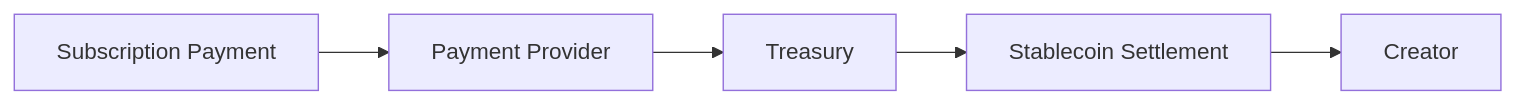
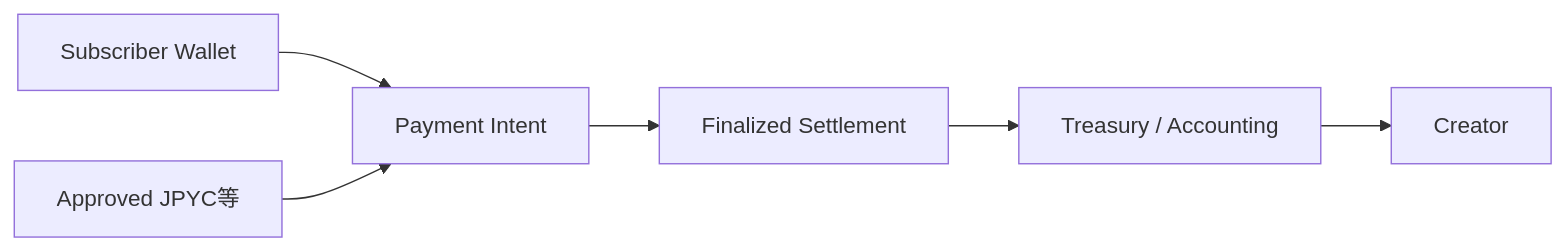
One commit to ShigeichiroYamasaki/creator-first-platform changed diagram 26 of 43 in docs/whitepaper/09-technology.md. Above: the diagram before and after it, drawn with Mermaid. The commit also changed other lines of this file and 16 other files, not shown here.

Commit message:
Align JPYC payments and sponsored SBT flows

````diff
--- a/docs/whitepaper/09-technology.md
+++ b/docs/whitepaper/09-technology.md
@@ -1013,11 +1013,12 @@
 ```mermaid
 flowchart LR
-    FIAT[Subscription Payment]
-    PSP[Payment Provider]
-    TREASURY[Treasury]
-    STABLE[Stablecoin Settlement]
+    USER[Subscriber Wallet]
+    INTENT[Payment Intent]
+    STABLE[Approved JPYC等]
+    FINAL[Finalized Settlement]
+    TREASURY[Treasury / Accounting]
     CREATOR[Creator]
 
-    FIAT --> PSP --> TREASURY
-    TREASURY --> STABLE --> CREATOR
+    USER --> INTENT
+    STABLE --> INTENT --> FINAL --> TREASURY --> CREATOR
 ```
````
